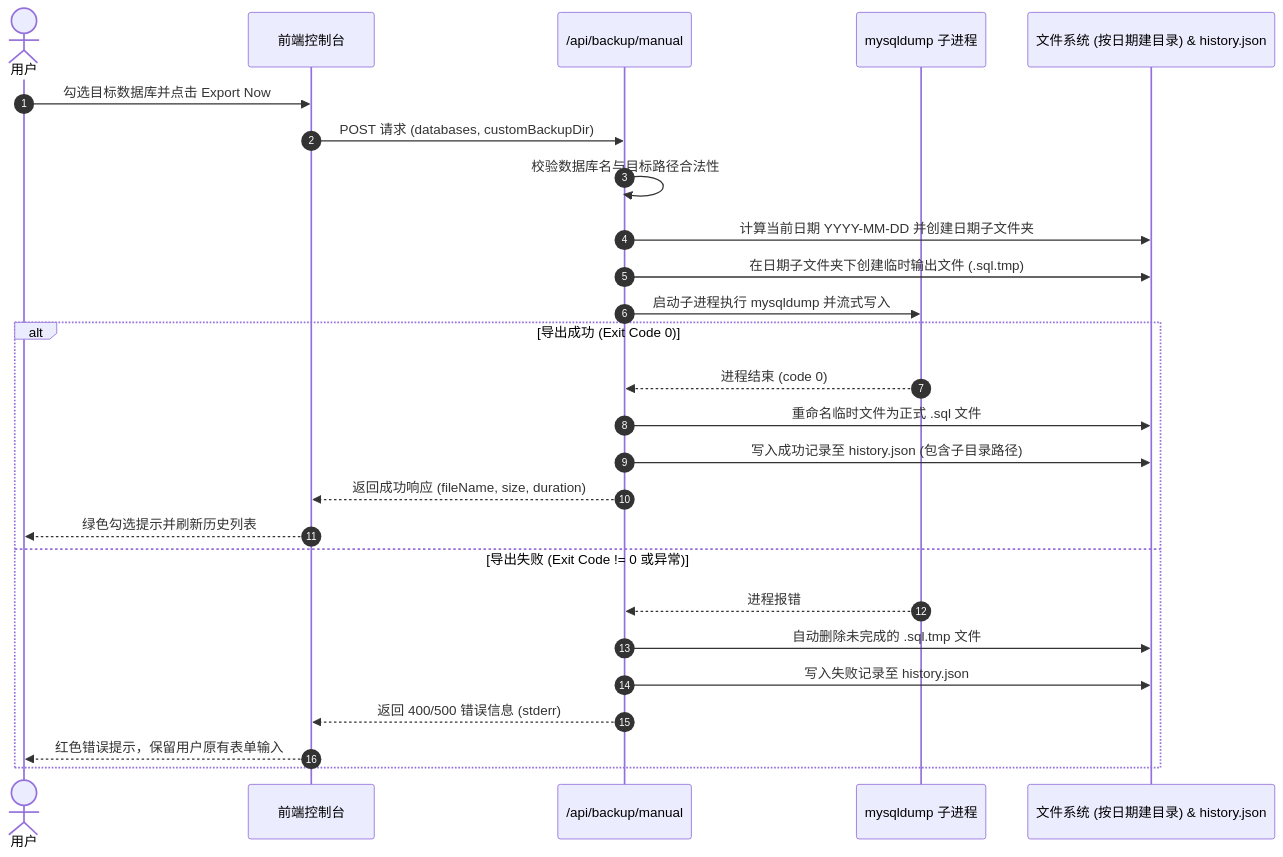
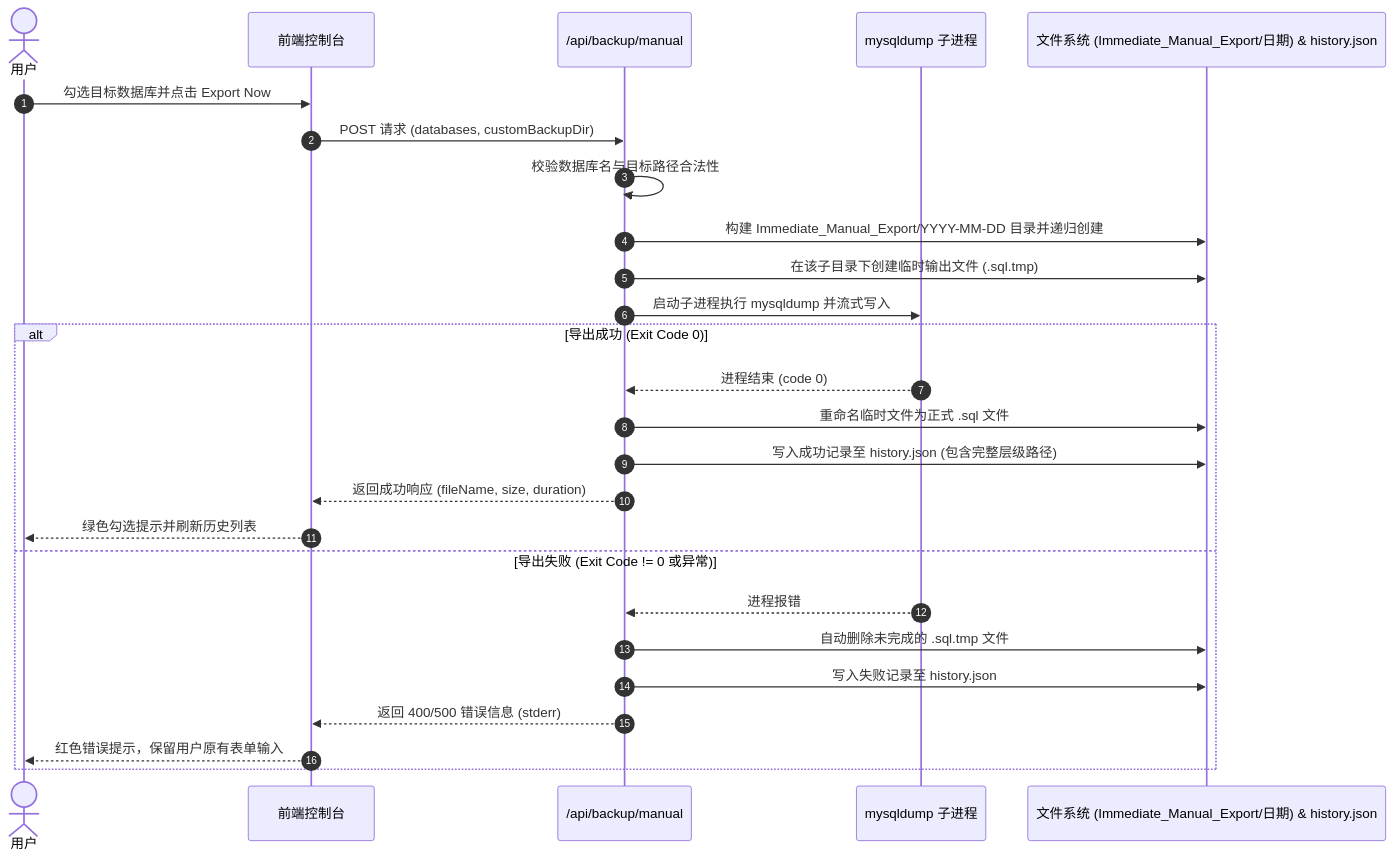
Before and after one commit to weiyang0903/autobackup: the diagram in docs/MANUAL_BACKUP.md, drawn with Mermaid. The commit also changed other lines of this file and 6 other files, not shown here.

Commit message:
change the file path for Immediate Manual Export and Automated Schedules

````diff
--- a/docs/MANUAL_BACKUP.md
+++ b/docs/MANUAL_BACKUP.md
@@ -15,29 +15,29 @@
 ```mermaid
 sequenceDiagram
     autonumber
     actor User as 用户
     participant UI as 前端控制台
     participant API as /api/backup/manual
     participant Dump as mysqldump 子进程
-    participant Storage as 文件系统 (按日期建目录) & history.json
+    participant Storage as 文件系统 (Immediate_Manual_Export/日期) & history.json
 
     User->>UI: 勾选目标数据库并点击 Export Now
     UI->>API: POST 请求 (databases, customBackupDir)
     API->>API: 校验数据库名与目标路径合法性
-    API->>Storage: 计算当前日期 YYYY-MM-DD 并创建日期子文件夹
-    API->>Storage: 在日期子文件夹下创建临时输出文件 (.sql.tmp)
+    API->>Storage: 构建 Immediate_Manual_Export/YYYY-MM-DD 目录并递归创建
+    API->>Storage: 在该子目录下创建临时输出文件 (.sql.tmp)
     API->>Dump: 启动子进程执行 mysqldump 并流式写入
     alt 导出成功 (Exit Code 0)
         Dump-->>API: 进程结束 (code 0)
         API->>Storage: 重命名临时文件为正式 .sql 文件
-        API->>Storage: 写入成功记录至 history.json (包含子目录路径)
+        API->>Storage: 写入成功记录至 history.json (包含完整层级路径)
         API-->>UI: 返回成功响应 (fileName, size, duration)
         UI-->>User: 绿色勾选提示并刷新历史列表
     else 导出失败 (Exit Code != 0 或异常)
         Dump-->>API: 进程报错
         API->>Storage: 自动删除未完成的 .sql.tmp 文件
         API->>Storage: 写入失败记录至 history.json
         API-->>UI: 返回 400/500 错误信息 (stderr)
         UI-->>User: 红色错误提示，保留用户原有表单输入
     end
 ```
````
